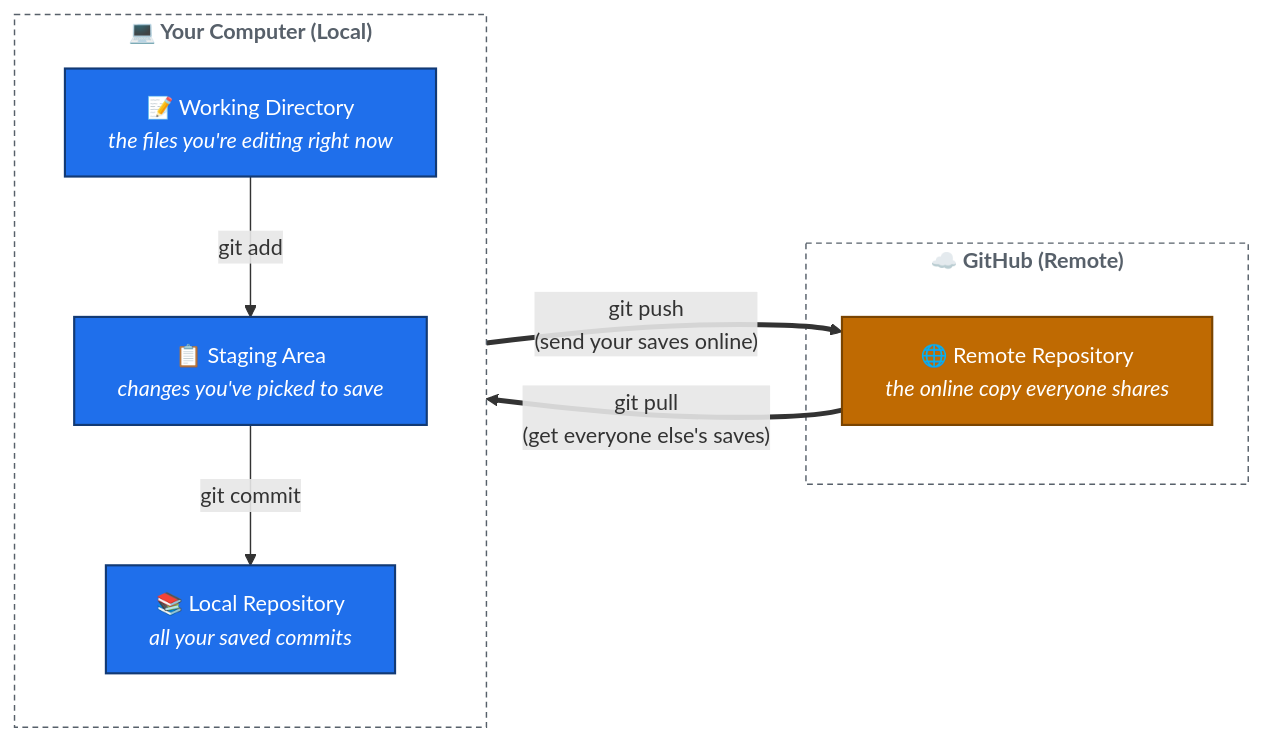
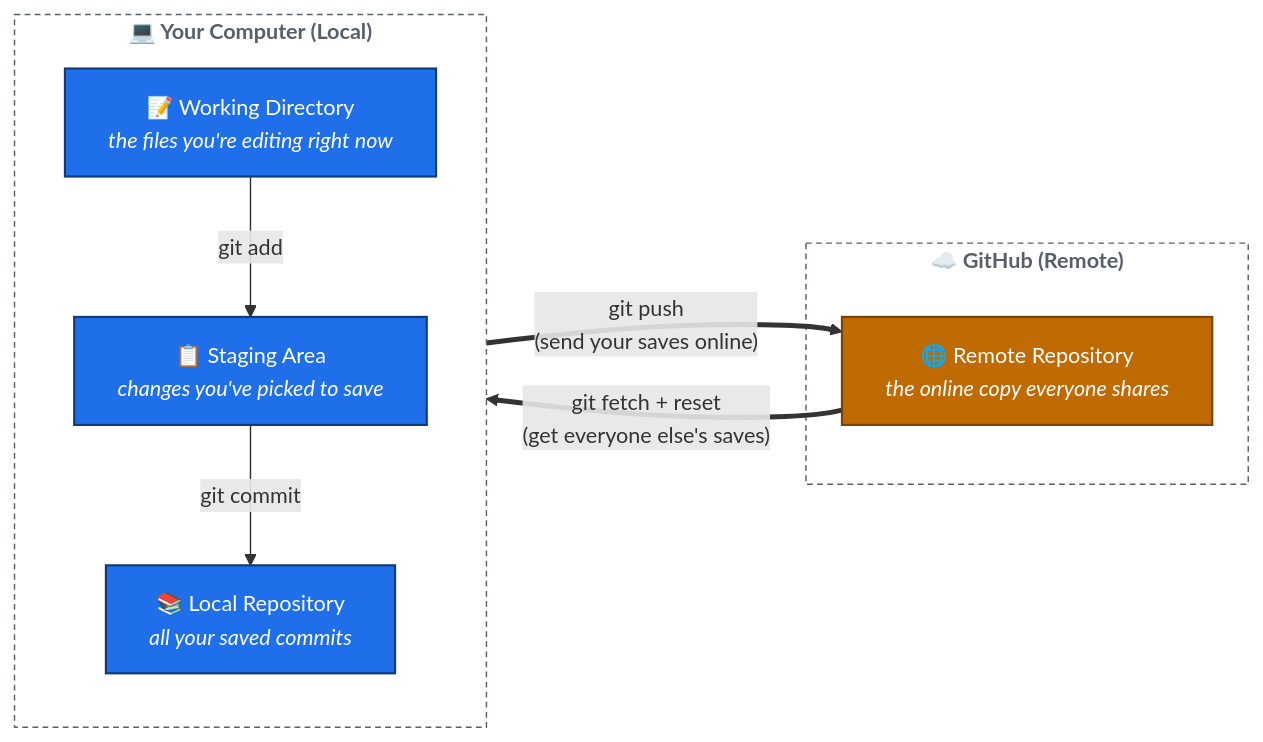
The diagram in Knowledge/01-what-is-git-and-github.md (bhuvi-garg/Med-Verify), drawn with Mermaid before and after one commit. The commit also changed other lines of this file and 7 other files, not shown here.

````diff
--- a/Knowledge/01-what-is-git-and-github.md
+++ b/Knowledge/01-what-is-git-and-github.md
@@ -28,27 +28,27 @@
 ```mermaid
 %%{init: {"flowchart": {"curve": "basis"}, "themeVariables": {"fontSize": "15px"}} }%%
 flowchart LR
     subgraph LOCAL["💻 Your Computer (Local)"]
         direction TB
         WD["📝 Working Directory<br/><i>the files you're editing right now</i>"]
         STAGE["📋 Staging Area<br/><i>changes you've picked to save</i>"]
         REPO["📚 Local Repository<br/><i>all your saved commits</i>"]
         WD -- "git add" --> STAGE
         STAGE -- "git commit" --> REPO
     end
 
     subgraph REMOTE["☁️ GitHub (Remote)"]
         GH["🌐 Remote Repository<br/><i>the online copy everyone shares</i>"]
     end
 
     REPO == "git push<br/>(send your saves online)" ==> GH
-    GH == "git pull<br/>(get everyone else's saves)" ==> REPO
+    GH == "git fetch + reset<br/>(get everyone else's saves)" ==> REPO
 
     classDef local fill:#1f6feb,stroke:#123a75,color:#ffffff,stroke-width:1.5px;
     classDef remote fill:#bf6a02,stroke:#7a4400,color:#ffffff,stroke-width:1.5px;
     classDef groupBox fill:transparent,stroke:#57606a,stroke-width:1px,stroke-dasharray: 4 3,color:#57606a,font-weight:bold;
 
     class WD,STAGE,REPO local;
     class GH remote;
     class LOCAL,REMOTE groupBox;
 ```
````
